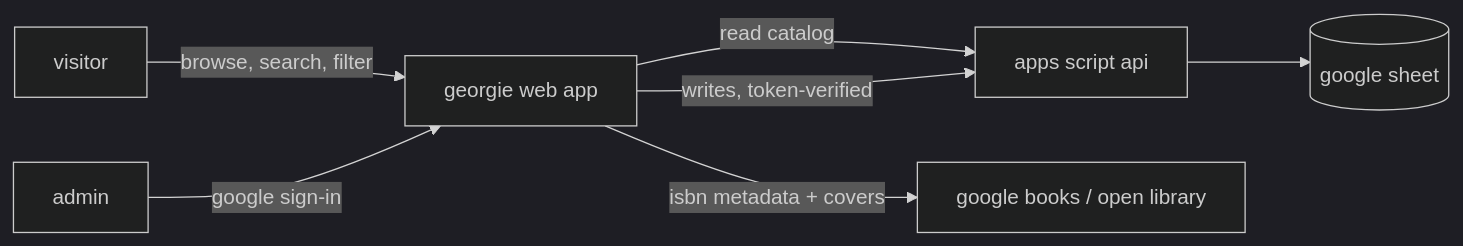
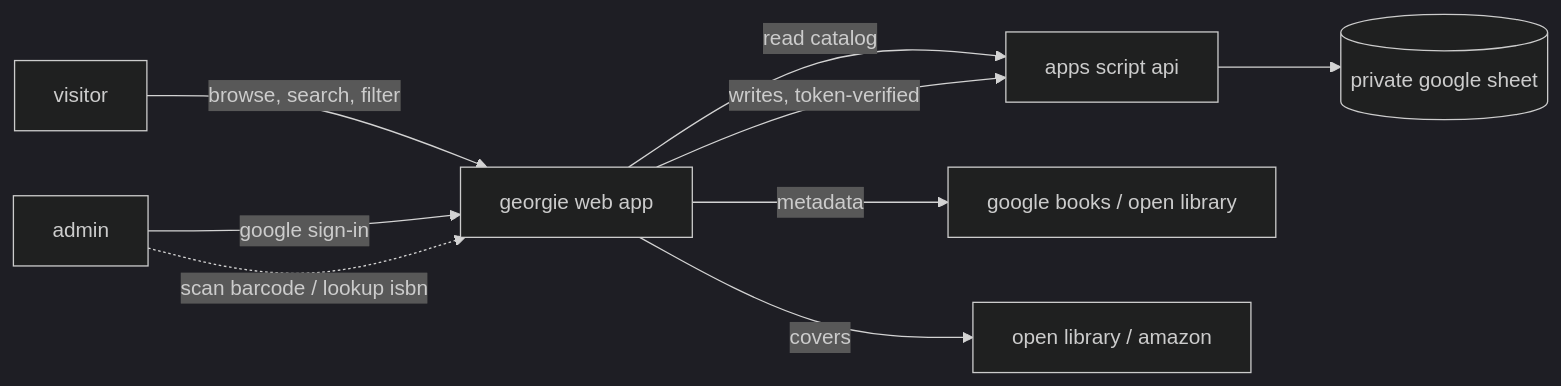
Before and after one commit to leandroestrella/georgie: the diagram in README.md, drawn with Mermaid. The commit also changed other lines of this file, not shown here.

````diff
--- a/README.md
+++ b/README.md
@@ -17,10 +17,12 @@
 ```mermaid
 %%{init: {'theme': 'dark'}}%%
 flowchart LR
     V[visitor] -->|browse, search, filter| SPA[georgie web app]
     A[admin] -->|google sign-in| SPA
+    A -.->|scan barcode / lookup isbn| SPA
     SPA -->|read catalog| GAS[apps script api]
     SPA -->|writes, token-verified| GAS
-    GAS --> SHEET[(google sheet)]
-    SPA -->|isbn metadata + covers| EXT[google books / open library]
+    GAS --> SHEET[(private google sheet)]
+    SPA -->|metadata| EXT[google books / open library]
+    SPA -->|covers| COV[open library / amazon]
 ```
````
